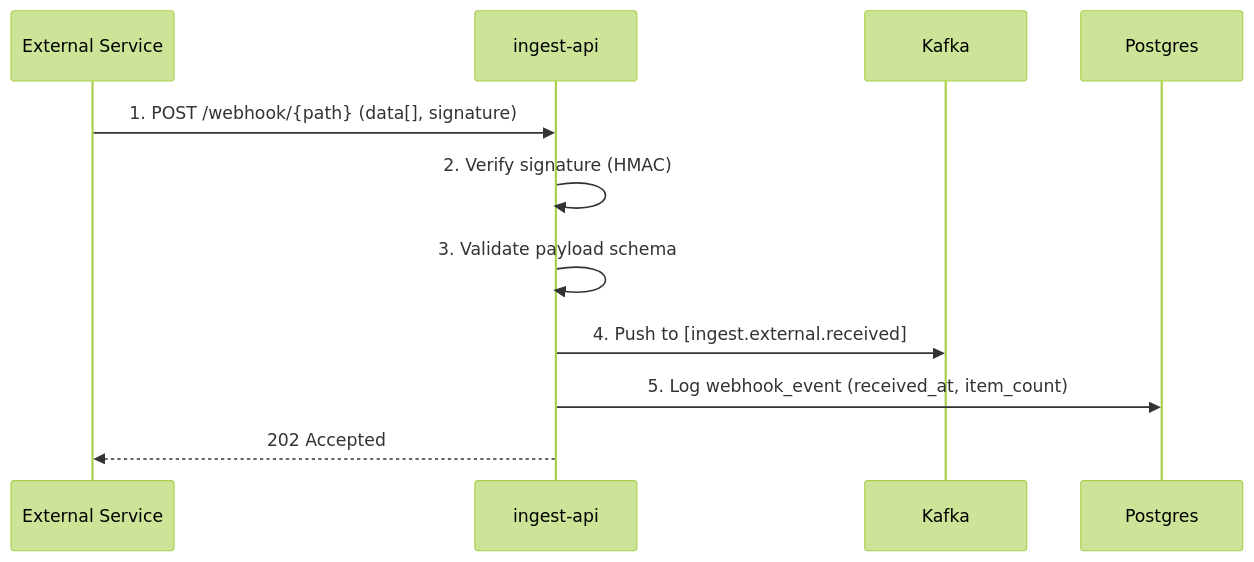
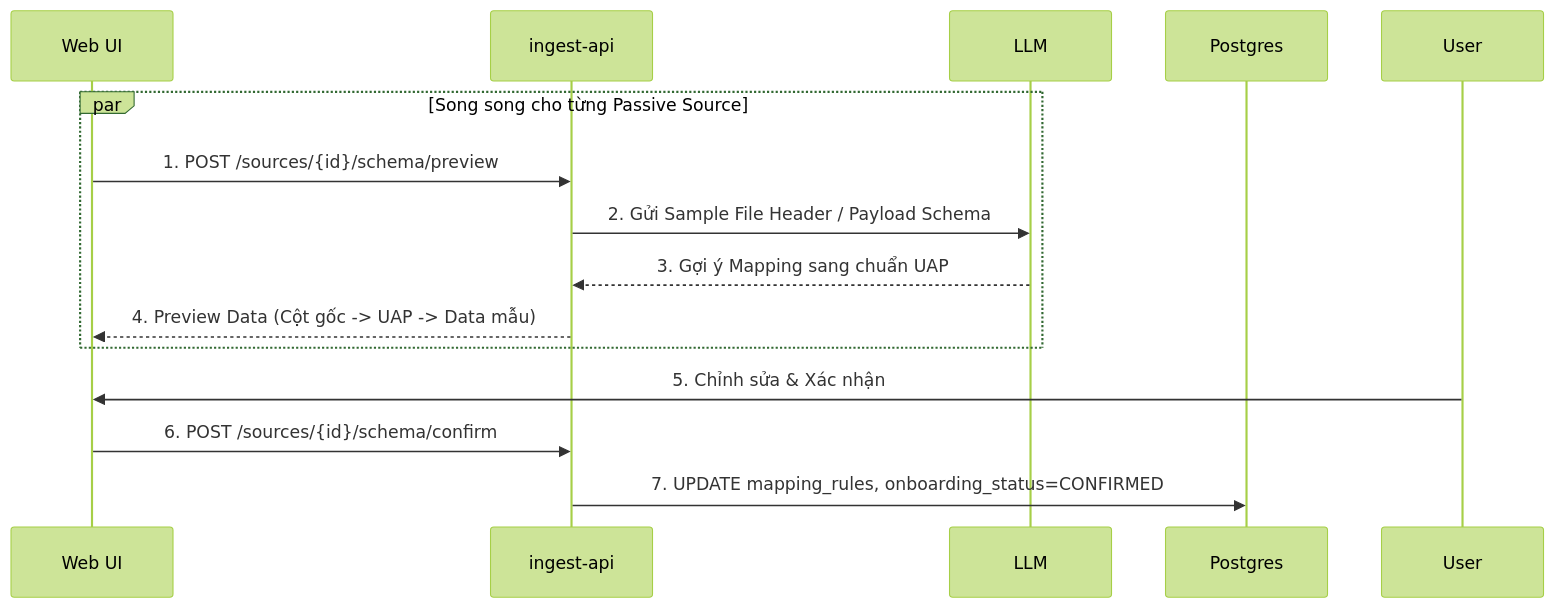
One commit to smap-hcmut/report changed the fourth of 8 diagrams in documents/dataflow-detailed.md. Above: the diagram before and after it, drawn with Mermaid (forest theme). The commit also changed other lines of this file and 1 other file, not shown here.

Commit message:
feat: Update data flow to v3.0, introduce new Auth and Analytics services, and implement the Campaign-Project-DataSource hierarchy.

````diff
--- a/documents/dataflow-detailed.md
+++ b/documents/dataflow-detailed.md
@@ -665,14 +163,18 @@
 ```mermaid
 sequenceDiagram
-    participant Ext as External Service
+    participant UI as Web UI
     participant API as ingest-api
-    participant Kafka as Kafka
+    participant LLM as LLM
     participant DB as Postgres
 
-    Ext->>API: 1. POST /webhook/{path} (data[], signature)
-    API->>API: 2. Verify signature (HMAC)
-    API->>API: 3. Validate payload schema
-    API->>Kafka: 4. Push to [ingest.external.received]
-    API->>DB: 5. Log webhook_event (received_at, item_count)
-    API-->>Ext: 202 Accepted
+    par Song song cho từng Passive Source
+        UI->>API: 1. POST /sources/{id}/schema/preview
+        API->>LLM: 2. Gửi Sample File Header / Payload Schema
+        LLM-->>API: 3. Gợi ý Mapping sang chuẩn UAP
+        API-->>UI: 4. Preview Data (Cột gốc -> UAP -> Data mẫu)
+    end
+
+    User->>UI: 5. Chỉnh sửa & Xác nhận
+    UI->>API: 6. POST /sources/{id}/schema/confirm
+    API->>DB: 7. UPDATE mapping_rules, onboarding_status=CONFIRMED
 ```
````
